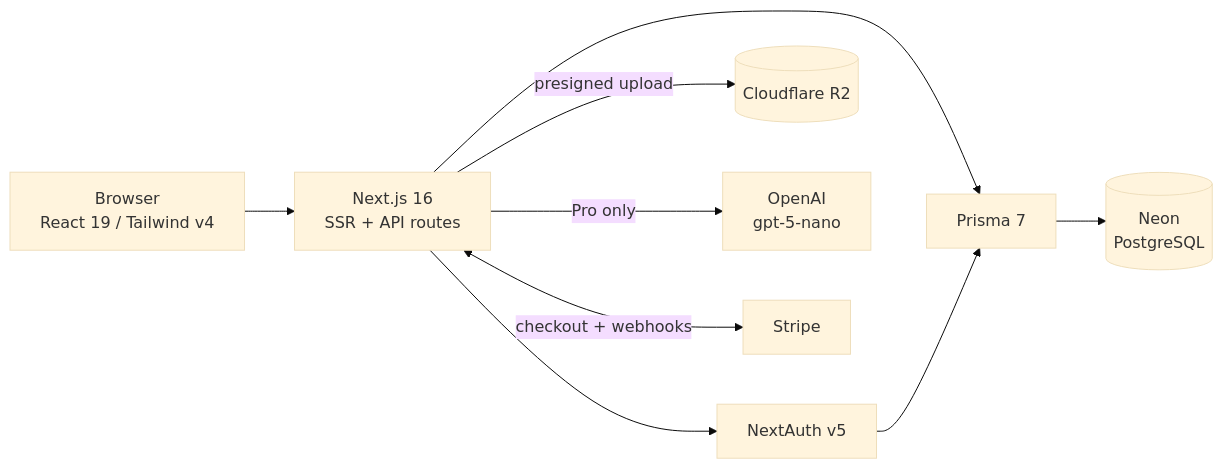
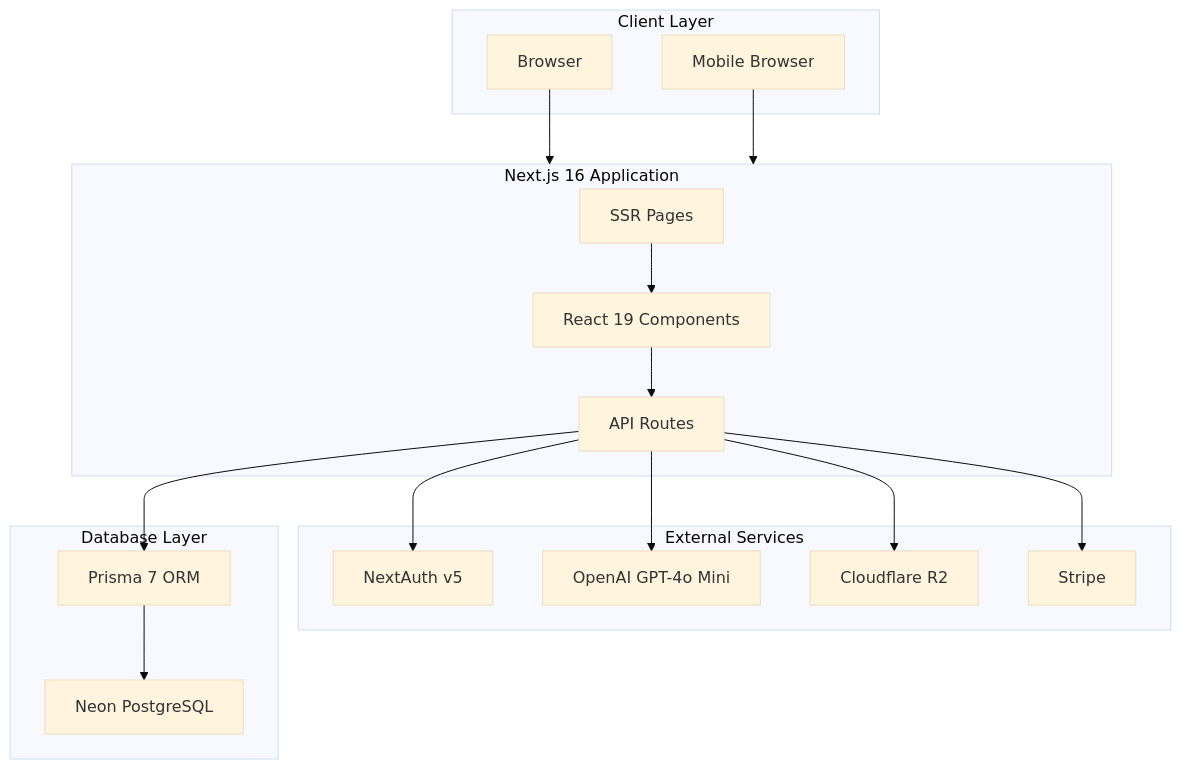
The second of 3 diagrams in context/project-overview.md (pheN0M1nal/devstash), drawn with Mermaid (base theme) before and after one commit. The commit also changed other lines of this file and 1 other file, not shown here.

Commit message:
docs: reformat project overview and add database spec

````diff
--- a/context/project-overview.md
+++ b/context/project-overview.md
@@ -136,19 +441,36 @@
 ```mermaid
-flowchart LR
-    Browser["Browser<br/>React 19 / Tailwind v4"]
-    Next["Next.js 16<br/>SSR + API routes"]
-    Auth["NextAuth v5"]
-    Prisma["Prisma 7"]
-    Neon[("Neon<br/>PostgreSQL")]
-    R2[("Cloudflare R2")]
-    OpenAI["OpenAI<br/>gpt-5-nano"]
-    Stripe["Stripe"]
+flowchart TB
+    subgraph Client["Client Layer"]
+        Browser["Browser"]
+        Mobile["Mobile Browser"]
+    end
 
-    Browser --> Next
-    Next --> Auth
-    Next --> Prisma --> Neon
-    Next -->|presigned upload| R2
-    Next -->|Pro only| OpenAI
-    Next <-->|checkout + webhooks| Stripe
-    Auth --> Prisma
+    subgraph NextJS["Next.js 16 Application"]
+        Pages["SSR Pages"]
+        Components["React 19 Components"]
+        API["API Routes"]
+    end
+
+    subgraph Services["External Services"]
+        Auth["NextAuth v5"]
+        AI["OpenAI GPT-4o Mini"]
+        Storage["Cloudflare R2"]
+        Payments["Stripe"]
+    end
+
+    subgraph Database["Database Layer"]
+        Neon["Neon PostgreSQL"]
+        Prisma["Prisma 7 ORM"]
+    end
+
+    Browser --> NextJS
+    Mobile --> NextJS
+    Pages --> Components
+    Components --> API
+    API --> Auth
+    API --> AI
+    API --> Storage
+    API --> Payments
+    API --> Prisma
+    Prisma --> Neon
 ```
````
